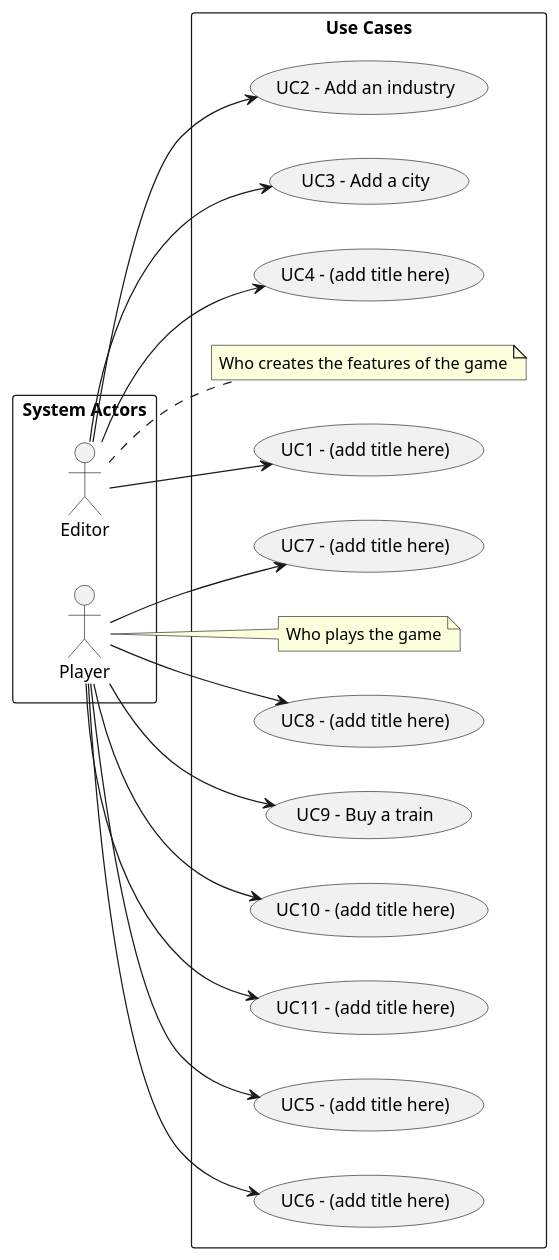
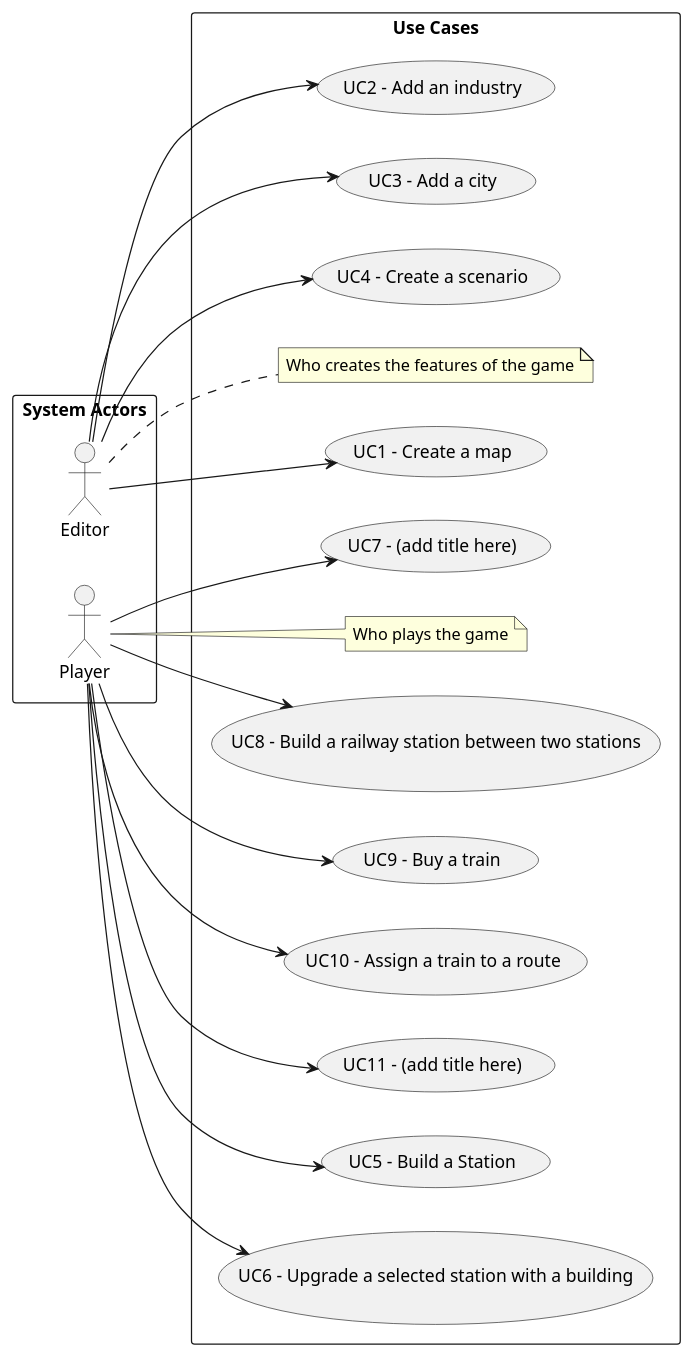
One commit to ivasduarte/all-aboard changed the diagram in docs/sprint1/global-artifacts/01.requirements-engineering/puml/use-case-diagram.puml. Above: the diagram before and after it, drawn with PlantUML. The commit also changed 2 other files, not shown here.

Commit message:
(docs): starting documentation on analysis + updated use case diagram

```diff
--- a/docs/sprint1/global-artifacts/01.requirements-engineering/puml/use-case-diagram.puml
+++ b/docs/sprint1/global-artifacts/01.requirements-engineering/puml/use-case-diagram.puml
@@ -1,55 +1,55 @@
 @startuml
 'skinparam monochrome true
 skinparam packageStyle rectangle
 'skinparam shadowing false
 
 
 
 'title Use Case Diagram Example
 
 left to right direction
 
 rectangle "System Actors" as actors {
     actor Editor
     actor "Player" as Player
     'actor "Product Owner" as PO
 }
 
 
 
 rectangle "Use Cases" as usecases{
     note right of Editor
         Who creates the features of the game
     end note
 
     note right of Player
         Who plays the game
     end note
-    usecase "UC1 - (add title here)" as UC1
+    usecase "UC1 - Create a map" as UC1
         Editor --> UC1
     usecase "UC2 - Add an industry" as UC2
         Editor --> UC2
     usecase "UC3 - Add a city" as UC3
         Editor --> UC3
-    usecase "UC4 - (add title here)" as UC4
+    usecase "UC4 - Create a scenario" as UC4
          Editor --> UC4
-    usecase "UC5 - (add title here)" as UC5
+    usecase "UC5 - Build a Station" as UC5
          Player --> UC5
-    usecase "UC6 - (add title here)" as UC6
+    usecase "UC6 - Upgrade a selected station with a building" as UC6
          Player --> UC6
     usecase "UC7 - (add title here)" as UC7
          Player --> UC7
-    usecase "UC8 - (add title here)" as UC8
+    usecase "UC8 - Build a railway station between two stations" as UC8
          Player --> UC8
     usecase "UC9 - Buy a train" as UC9
          Player --> UC9
-    usecase "UC10 - (add title here)" as UC10
+    usecase "UC10 - Assign a train to a route" as UC10
          Player --> UC10
     usecase "UC11 - (add title here)" as UC11
          Player --> UC11
     'usecase "UC12 - (add title here)" as UC12
          'PO --> UC12
 }
 
 
 @enduml
```
